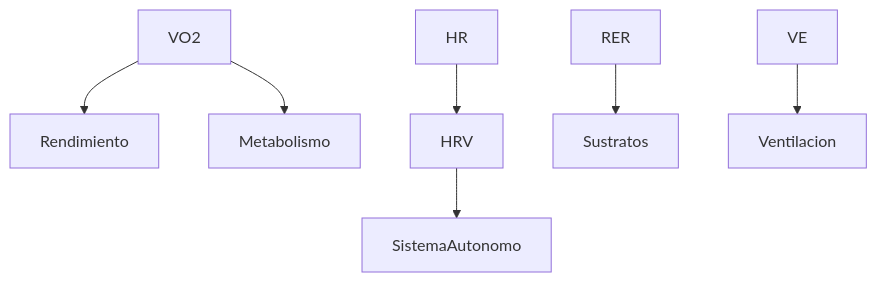
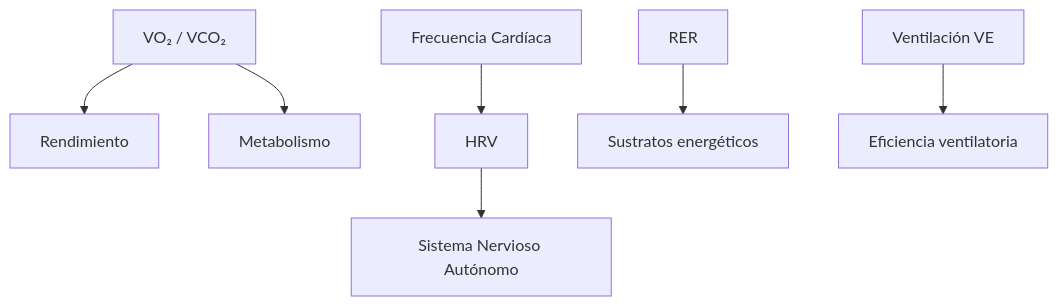
The second of 4 diagrams in README.md (Csav20/Vo2Smart-Interfaz), drawn with Mermaid before and after one commit. The commit also changed other lines of this file and 3 other files, not shown here.

````diff
--- a/README.md
+++ b/README.md
@@ -137,9 +94,9 @@
 ```mermaid
 graph TD
-VO2 --> Rendimiento
-VO2 --> Metabolismo
-HR --> HRV
-HRV --> SistemaAutonomo
-RER --> Sustratos
-VE --> Ventilacion
+    VO2["VO₂ / VCO₂"] --> Rendimiento
+    VO2 --> Metabolismo
+    HR["Frecuencia Cardíaca"] --> HRV
+    HRV --> SNA["Sistema Nervioso Autónomo"]
+    RER --> Sustratos["Sustratos energéticos"]
+    VE["Ventilación VE"] --> Eficiencia["Eficiencia ventilatoria"]
 ```
````
